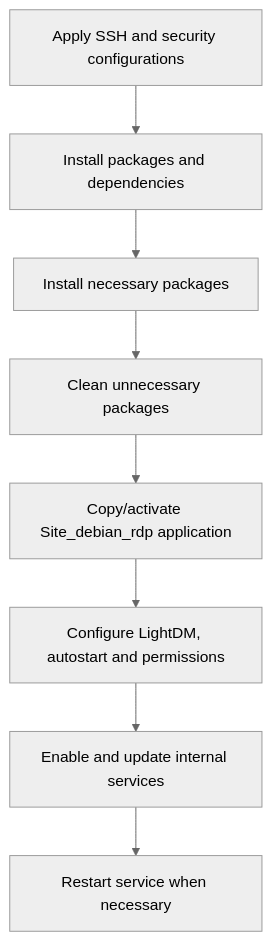
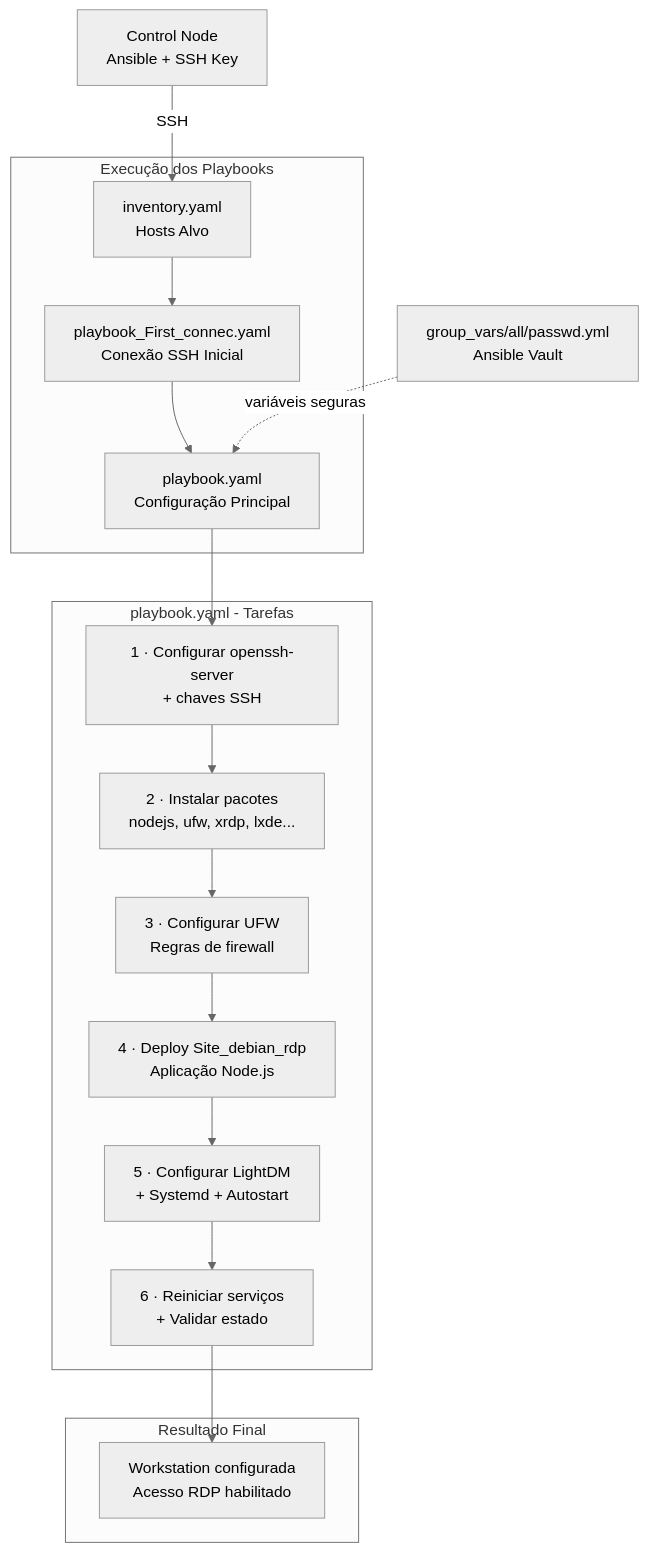
Before and after one commit to Theo-Panella/Project_AOC: the diagram in README.md, drawn with Mermaid (neutral theme). The commit also changed other lines of this file, not shown here.

````diff
--- a/README.md
+++ b/README.md
@@ -41,10 +14,24 @@
 ```mermaid
 flowchart TD
-    A[Apply SSH and security configurations] --> B[Install packages and dependencies]
-    B --> C[Install necessary packages]
-    C --> D[Clean unnecessary packages]
-    D --> E[Copy/activate Site_debian_rdp application]
-    E --> F[Configure LightDM, autostart and permissions]
-    F --> G[Enable and update internal services]
-    G --> H[Restart service when necessary]
+    A[Control Node\nAnsible + SSH Key] -->|SSH| B[inventory.yaml\nHosts Alvo]
+
+    subgraph Execução dos Playbooks
+        B --> C[playbook_First_connec.yaml\nConexão SSH Inicial]
+        C --> D[playbook.yaml\nConfiguração Principal]
+    end
+
+    subgraph playbook.yaml - Tarefas
+        D --> E[1 · Configurar openssh-server\n+ chaves SSH]
+        E --> F[2 · Instalar pacotes\nnodejs, ufw, xrdp, lxde...]
+        F --> G[3 · Configurar UFW\nRegras de firewall]
+        G --> H[4 · Deploy Site_debian_rdp\nAplicação Node.js]
+        H --> I[5 · Configurar LightDM\n+ Systemd + Autostart]
+        I --> J[6 · Reiniciar serviços\n+ Validar estado]
+    end
+
+    subgraph Resultado Final
+        J --> K[Workstation configurada\nAcesso RDP habilitado]
+    end
+
+    L[group_vars/all/passwd.yml\nAnsible Vault] -.->|variáveis seguras| D
 ```
````
